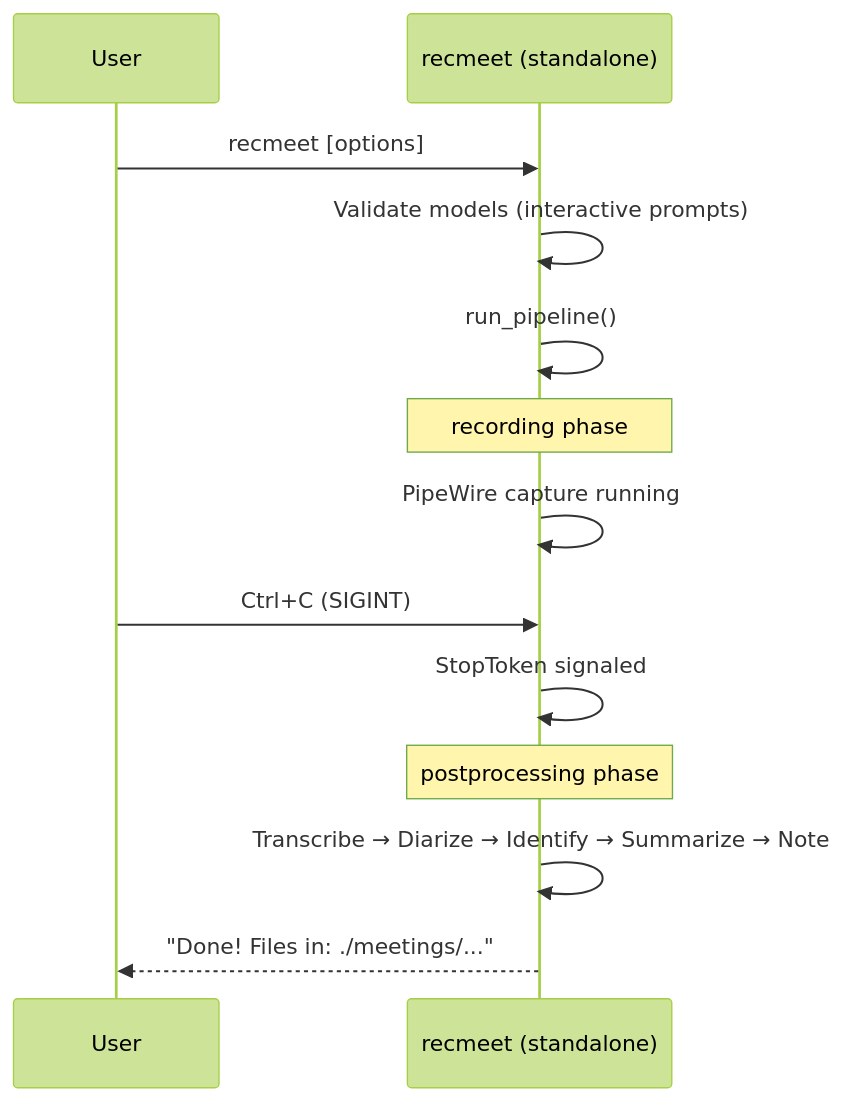
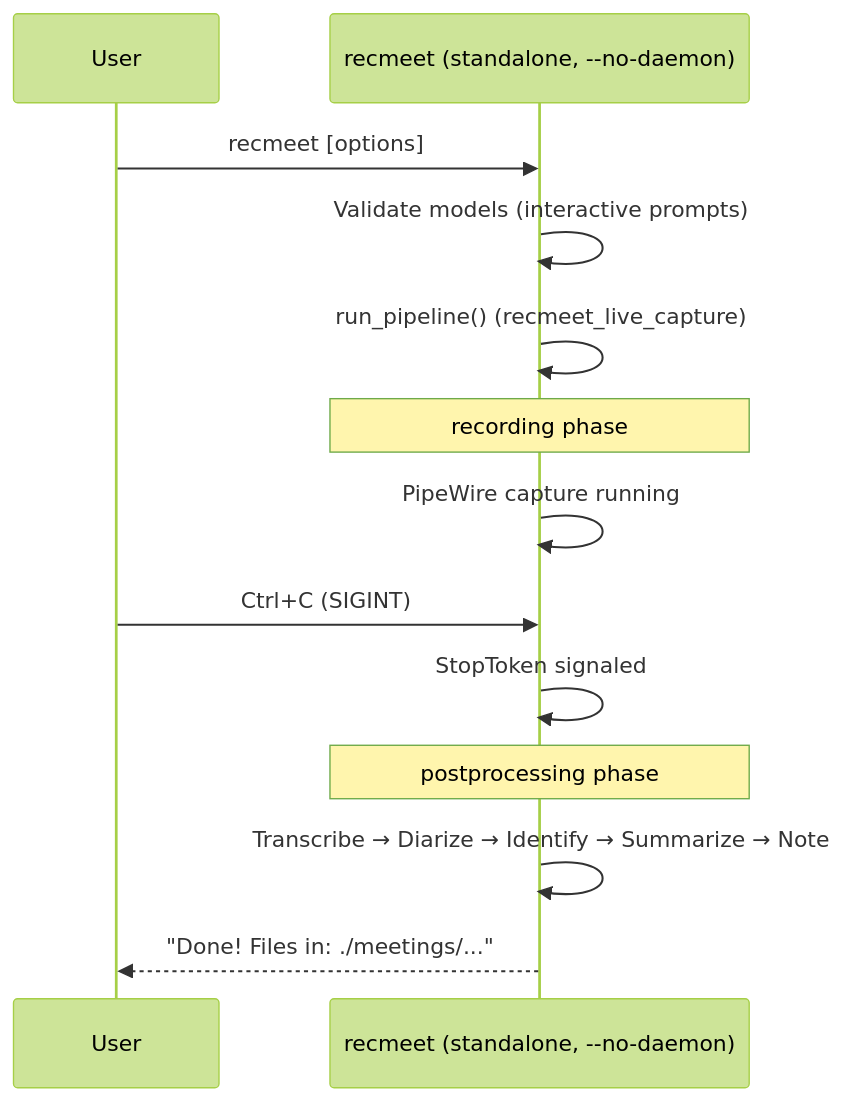
Diagram 11 of 18 in docs/ARCHITECTURE.md (suykerbuyk/recmeet), drawn with Mermaid (forest theme) before and after one commit. The commit also changed other lines of this file and 19 other files, not shown here.

````diff
--- a/docs/ARCHITECTURE.md
+++ b/docs/ARCHITECTURE.md
@@ -657,16 +870,16 @@
 ```mermaid
 sequenceDiagram
     participant U as User
-    participant CLI as recmeet (standalone)
+    participant CLI as recmeet (standalone, --no-daemon)
 
     U->>CLI: recmeet [options]
     CLI->>CLI: Validate models (interactive prompts)
-    CLI->>CLI: run_pipeline()
+    CLI->>CLI: run_pipeline() (recmeet_live_capture)
     Note over CLI: recording phase
     CLI->>CLI: PipeWire capture running
     U->>CLI: Ctrl+C (SIGINT)
     CLI->>CLI: StopToken signaled
     Note over CLI: postprocessing phase
     CLI->>CLI: Transcribe → Diarize → Identify → Summarize → Note
     CLI-->>U: "Done! Files in: ./meetings/..."
 ```
````
